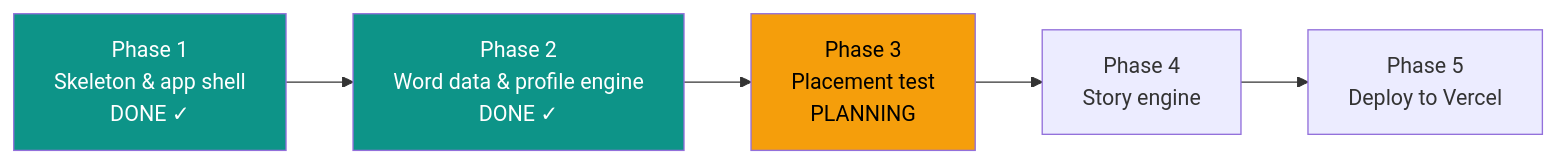
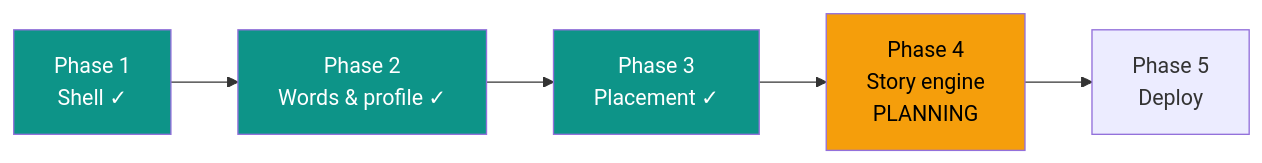
The diagram in .oplan/first-build/STATUS.md (dkreinov/magic-clinic-english), drawn with Mermaid before and after one commit. The commit also changed other lines of this file and 2 other files, not shown here.

Commit message:
oplan: phase 3 gate — closed

````diff
--- a/.oplan/first-build/STATUS.md
+++ b/.oplan/first-build/STATUS.md
@@ -14,10 +14,11 @@
 ```mermaid
 flowchart LR
-    P1[Phase 1<br/>Skeleton & app shell<br/>DONE ✓] --> P2[Phase 2<br/>Word data & profile engine<br/>DONE ✓]
-    P2 --> P3[Phase 3<br/>Placement test<br/>PLANNING]
-    P3 --> P4[Phase 4<br/>Story engine]
-    P4 --> P5[Phase 5<br/>Deploy to Vercel]
+    P1[Phase 1<br/>Shell ✓] --> P2[Phase 2<br/>Words & profile ✓]
+    P2 --> P3[Phase 3<br/>Placement ✓]
+    P3 --> P4[Phase 4<br/>Story engine<br/>PLANNING]
+    P4 --> P5[Phase 5<br/>Deploy]
     style P1 fill:#0d9488,color:#fff
     style P2 fill:#0d9488,color:#fff
-    style P3 fill:#f59e0b,color:#000
+    style P3 fill:#0d9488,color:#fff
+    style P4 fill:#f59e0b,color:#000
 ```
````
